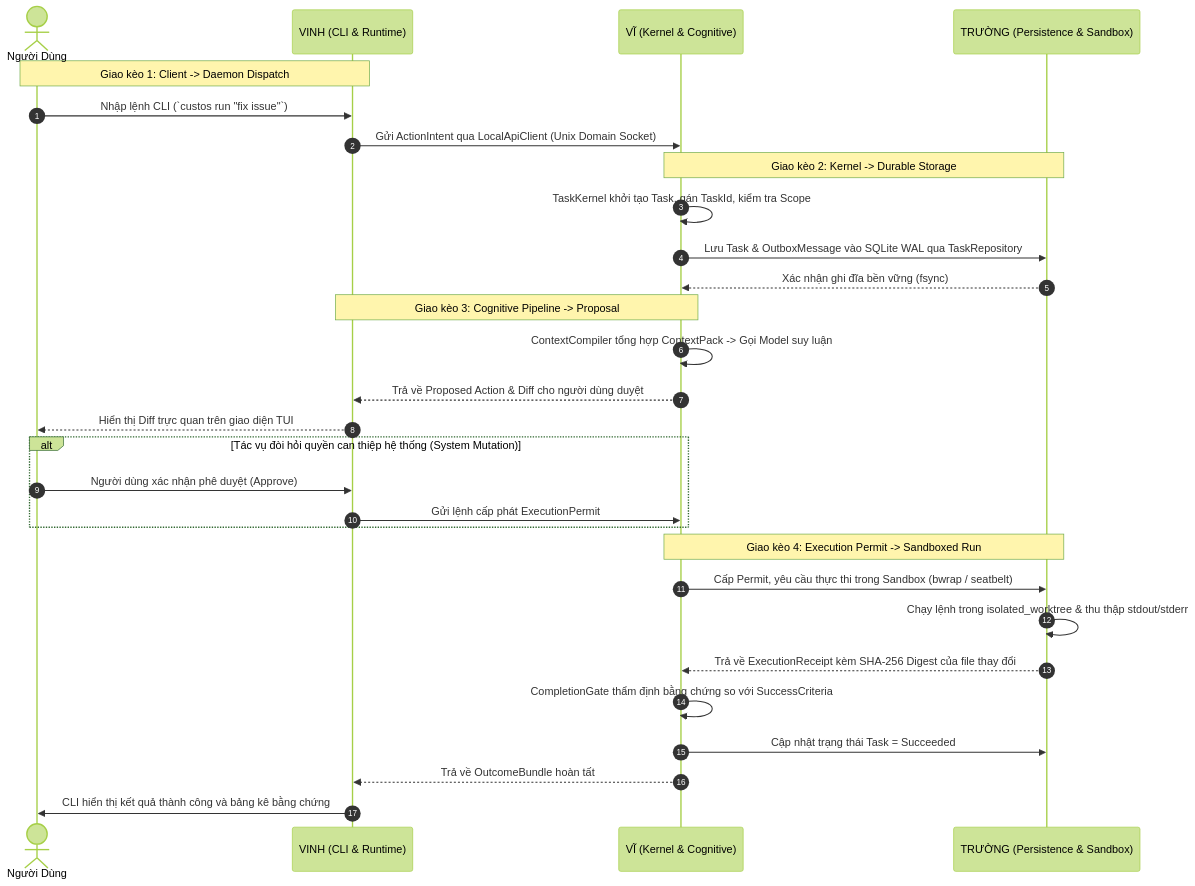
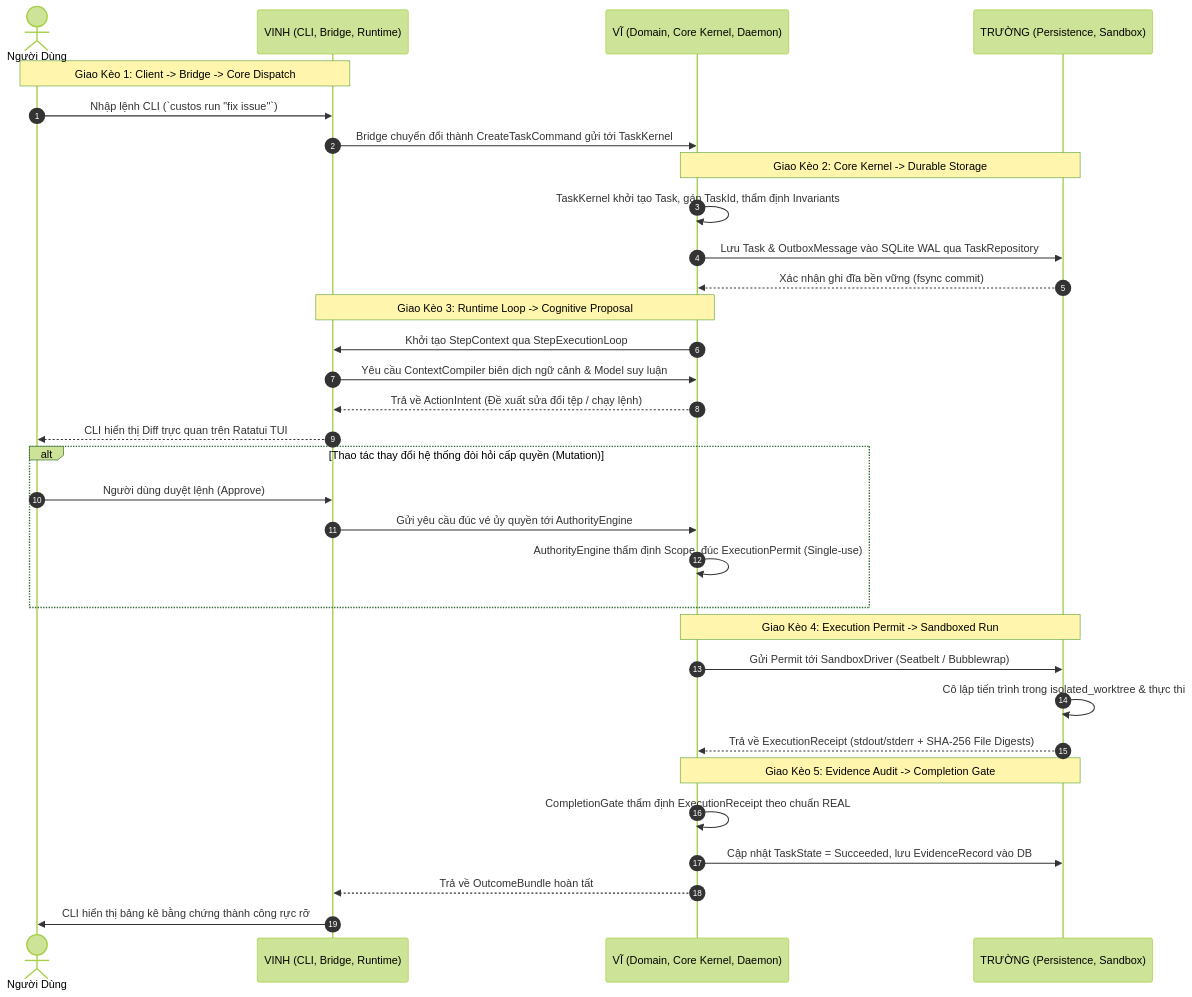
The diagram in dev_docs/TEAM_WORK_ALLOCATION.md (civi0411/Custos), drawn with Mermaid (forest theme) before and after one commit. The commit also changed other lines of this file and 1 other file, not shown here.

Commit message:
docs(kernel): sync codebase architecture map and work allocation for gate 1

````diff
--- a/dev_docs/TEAM_WORK_ALLOCATION.md
+++ b/dev_docs/TEAM_WORK_ALLOCATION.md
@@ -106,37 +196,40 @@
 ```mermaid
 sequenceDiagram
     autonumber
     actor User as Người Dùng
-    participant Vinh as VINH (CLI & Runtime)
-    participant Vi as VĨ (Kernel & Cognitive)
-    participant Truong as TRƯỜNG (Persistence & Sandbox)
+    participant Vinh as VINH (CLI, Bridge, Runtime)
+    participant Vi as VĨ (Domain, Core Kernel, Daemon)
+    participant Truong as TRƯỜNG (Persistence, Sandbox)
 
-    Note over User,Vinh: Giao kèo 1: Client -> Daemon Dispatch
+    Note over User,Vinh: Giao Kèo 1: Client -> Bridge -> Core Dispatch
     User->>Vinh: Nhập lệnh CLI (`custos run "fix issue"`)
-    Vinh->>Vi: Gửi ActionIntent qua LocalApiClient (Unix Domain Socket)
+    Vinh->>Vi: Bridge chuyển đổi thành CreateTaskCommand gửi tới TaskKernel
     
-    Note over Vi,Truong: Giao kèo 2: Kernel -> Durable Storage
-    Vi->>Vi: TaskKernel khởi tạo Task, gán TaskId, kiểm tra Scope
+    Note over Vi,Truong: Giao Kèo 2: Core Kernel -> Durable Storage
+    Vi->>Vi: TaskKernel khởi tạo Task, gán TaskId, thẩm định Invariants
     Vi->>Truong: Lưu Task & OutboxMessage vào SQLite WAL qua TaskRepository
-    Truong-->>Vi: Xác nhận ghi đĩa bền vững (fsync)
+    Truong-->>Vi: Xác nhận ghi đĩa bền vững (fsync commit)
 
-    Note over Vi,Vinh: Giao kèo 3: Cognitive Pipeline -> Proposal
-    Vi->>Vi: ContextCompiler tổng hợp ContextPack -> Gọi Model suy luận
-    Vi-->>Vinh: Trả về Proposed Action & Diff cho người dùng duyệt
-    Vinh-->>User: Hiển thị Diff trực quan trên giao diện TUI
+    Note over Vi,Vinh: Giao Kèo 3: Runtime Loop -> Cognitive Proposal
+    Vi->>Vinh: Khởi tạo StepContext qua StepExecutionLoop
+    Vinh->>Vi: Yêu cầu ContextCompiler biên dịch ngữ cảnh & Model suy luận
+    Vi-->>Vinh: Trả về ActionIntent (Đề xuất sửa đổi tệp / chạy lệnh)
+    Vinh-->>User: CLI hiển thị Diff trực quan trên Ratatui TUI
 
-    alt Tác vụ đòi hỏi quyền can thiệp hệ thống (System Mutation)
-        User->>Vinh: Người dùng xác nhận phê duyệt (Approve)
-        Vinh->>Vi: Gửi lệnh cấp phát ExecutionPermit
+    alt Thao tác thay đổi hệ thống đòi hỏi cấp quyền (Mutation)
+        User->>Vinh: Người dùng duyệt lệnh (Approve)
+        Vinh->>Vi: Gửi yêu cầu đúc vé ủy quyền tới AuthorityEngine
+        Vi->>Vi: AuthorityEngine thẩm định Scope, đúc ExecutionPermit (Single-use)
     end
 
-    Note over Vi,Truong: Giao kèo 4: Execution Permit -> Sandboxed Run
-    Vi->>Truong: Cấp Permit, yêu cầu thực thi trong Sandbox (bwrap / seatbelt)
-    Truong->>Truong: Chạy lệnh trong isolated_worktree & thu thập stdout/stderr
-    Truong-->>Vi: Trả về ExecutionReceipt kèm SHA-256 Digest của file thay đổi
+    Note over Vi,Truong: Giao Kèo 4: Execution Permit -> Sandboxed Run
+    Vi->>Truong: Gửi Permit tới SandboxDriver (Seatbelt / Bubblewrap)
+    Truong->>Truong: Cô lập tiến trình trong isolated_worktree & thực thi
+    Truong-->>Vi: Trả về ExecutionReceipt (stdout/stderr + SHA-256 File Digests)
 
-    Vi->>Vi: CompletionGate thẩm định bằng chứng so với SuccessCriteria
-    Vi->>Truong: Cập nhật trạng thái Task = Succeeded
+    Note over Vi,Truong: Giao Kèo 5: Evidence Audit -> Completion Gate
+    Vi->>Vi: CompletionGate thẩm định ExecutionReceipt theo chuẩn REAL
+    Vi->>Truong: Cập nhật TaskState = Succeeded, lưu EvidenceRecord vào DB
     Vi-->>Vinh: Trả về OutcomeBundle hoàn tất
-    Vinh->>User: CLI hiển thị kết quả thành công và bảng kê bằng chứng
+    Vinh->>User: CLI hiển thị bảng kê bằng chứng thành công rực rỡ
 ```
````
